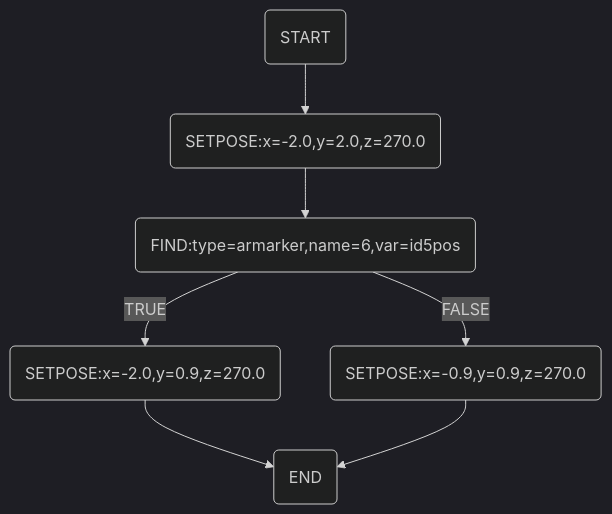
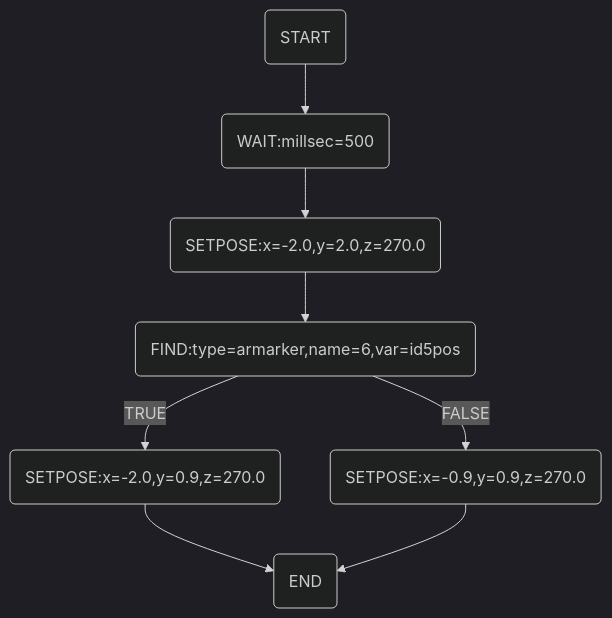
The diagram in launch/roboware_neo_launch/state_graph/scenario_simulation/if_state.md (TakanoTaiga/roboware-neo.universe), drawn with Mermaid (dark theme) before and after one commit. The commit also changed 3 other files, not shown here.

````diff
--- a/launch/roboware_neo_launch/state_graph/scenario_simulation/if_state.md
+++ b/launch/roboware_neo_launch/state_graph/scenario_simulation/if_state.md
@@ -1,9 +1,10 @@
 ```mermaid
 graph TB
-  START(START) --> SETPOSE.1(SETPOSE:x=-2.0,y=2.0,z=270.0)
+  START(START) --> start_wait(WAIT:millsec=500)
+  start_wait --> SETPOSE.1(SETPOSE:x=-2.0,y=2.0,z=270.0)
   SETPOSE.1 --> FIND.1(FIND:type=armarker,name=6,var=id5pos)
   FIND.1 -- TRUE --> SETPOSE.2(SETPOSE:x=-2.0,y=0.9,z=270.0)
   FIND.1 -- FALSE --> SETPOSE.3(SETPOSE:x=-0.9,y=0.9,z=270.0)
   SETPOSE.2 --> END(END)
   SETPOSE.3 --> END(END)
 ```
````
